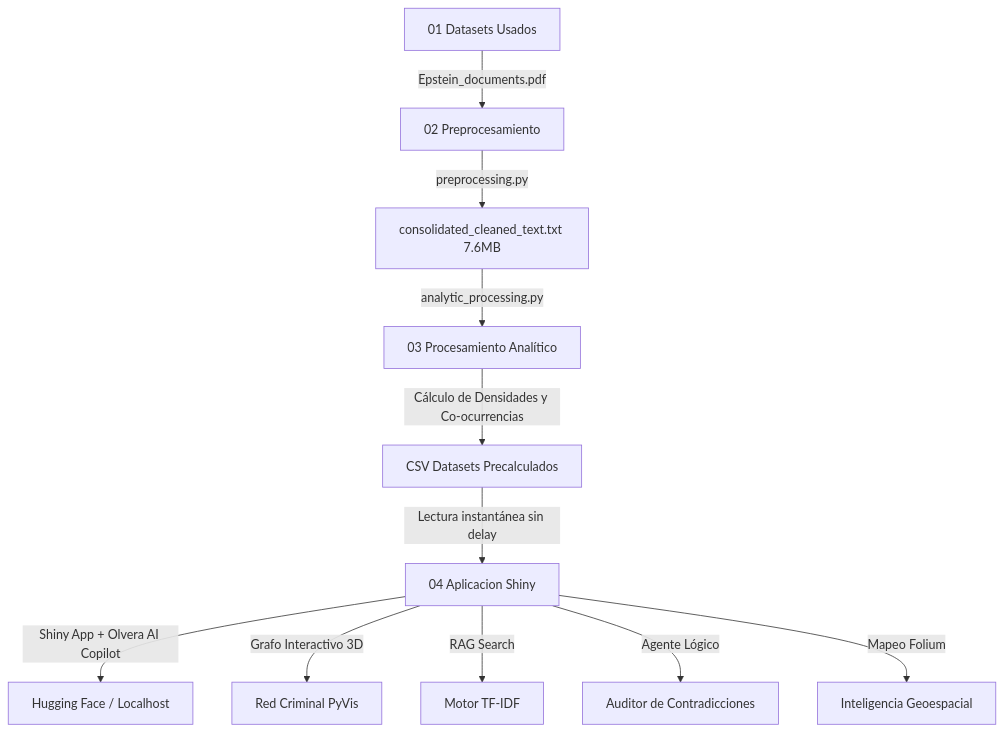
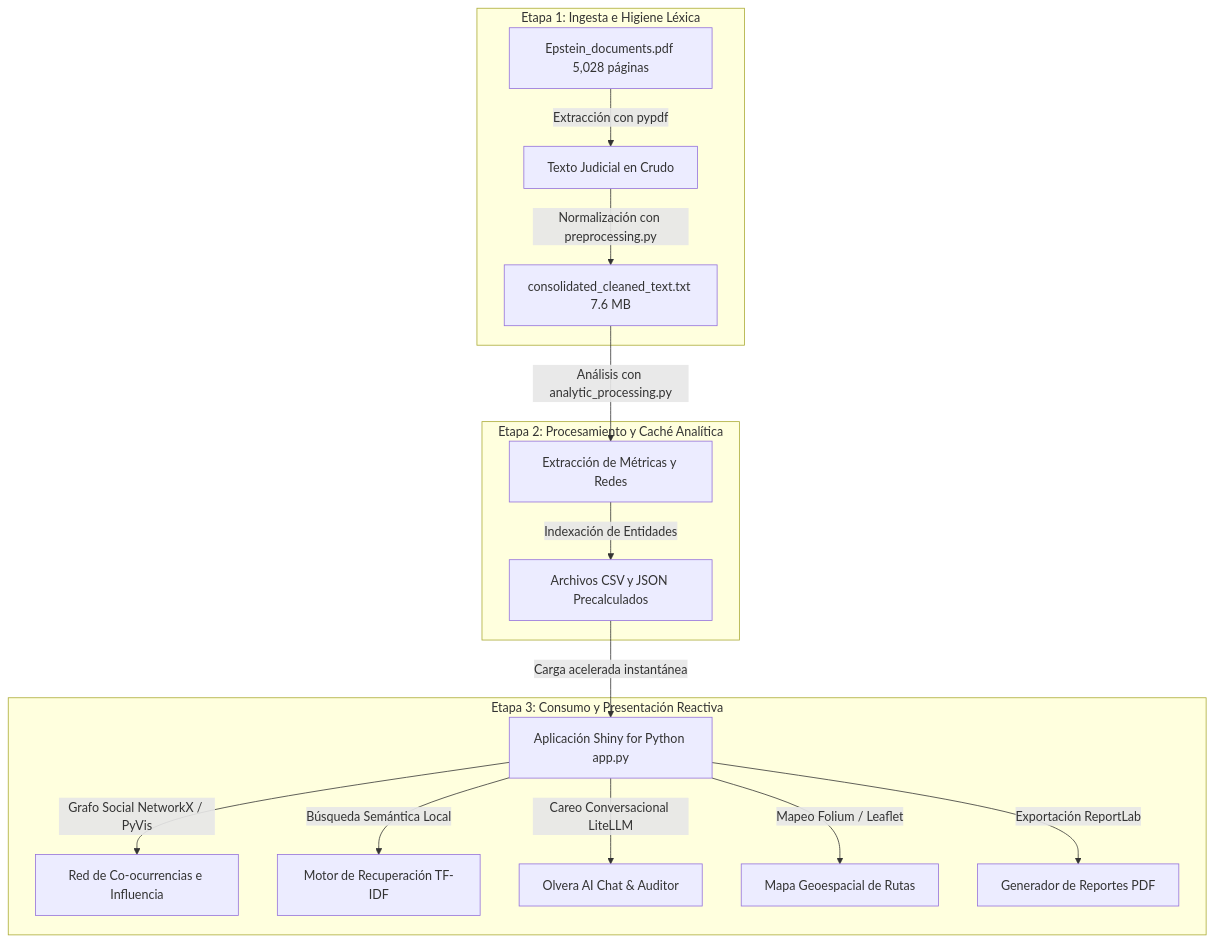
Before and after one commit to jjho05/analisis-archivos-epstein: the diagram in README.md, drawn with Mermaid. The commit also changed other lines of this file, not shown here.

Commit message:
Mover y reescribir la Arquitectura Tecnica del sistema e incorporar Agradecimientos al final del README

````diff
--- a/README.md
+++ b/README.md
@@ -43,13 +153,21 @@
 ```mermaid
 graph TD
-    A[01 Datasets Usados] -->|Epstein_documents.pdf| B[02 Preprocesamiento]
-    B -->|preprocessing.py| C[consolidated_cleaned_text.txt 7.6MB]
-    C -->|analytic_processing.py| D[03 Procesamiento Analítico]
-    D -->|Cálculo de Densidades y Co-ocurrencias| E[CSV Datasets Precalculados]
-    E -->|Lectura instantánea sin delay| F[04 Aplicacion Shiny]
-    F -->|Shiny App + Olvera AI Copilot| G[Hugging Face / Localhost]
-    F -->|Grafo Interactivo 3D| H[Red Criminal PyVis]
-    F -->|RAG Search| I[Motor TF-IDF]
-    F -->|Agente Lógico| J[Auditor de Contradicciones]
-    F -->|Mapeo Folium| K[Inteligencia Geoespacial]
+    subgraph Etapa 1: Ingesta e Higiene Léxica
+        A[Epstein_documents.pdf 5,028 páginas] -->|Extracción con pypdf| B[Texto Judicial en Crudo]
+        B -->|Normalización con preprocessing.py| C[consolidated_cleaned_text.txt 7.6 MB]
+    end
+
+    subgraph Etapa 2: Procesamiento y Caché Analítica
+        C -->|Análisis con analytic_processing.py| D[Extracción de Métricas y Redes]
+        D -->|Indexación de Entidades| E[Archivos CSV y JSON Precalculados]
+    end
+
+    subgraph Etapa 3: Consumo y Presentación Reactiva
+        E -->|Carga acelerada instantánea| F[Aplicación Shiny for Python app.py]
+        F -->|Grafo Social NetworkX / PyVis| G[Red de Co-ocurrencias e Influencia]
+        F -->|Búsqueda Semántica Local| H[Motor de Recuperación TF-IDF]
+        F -->|Careo Conversacional LiteLLM| I[Olvera AI Chat & Auditor]
+        F -->|Mapeo Folium / Leaflet| J[Mapa Geoespacial de Rutas]
+        F -->|Exportación ReportLab| K[Generador de Reportes PDF]
+    end
 ```
````
